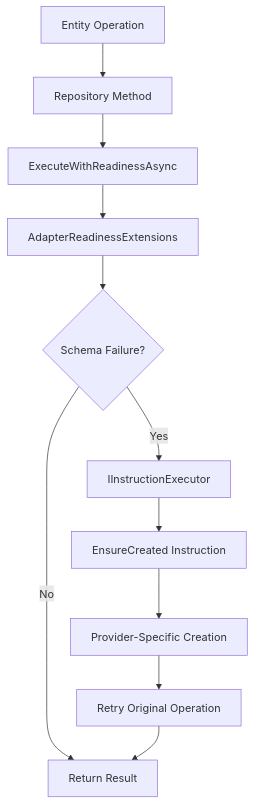
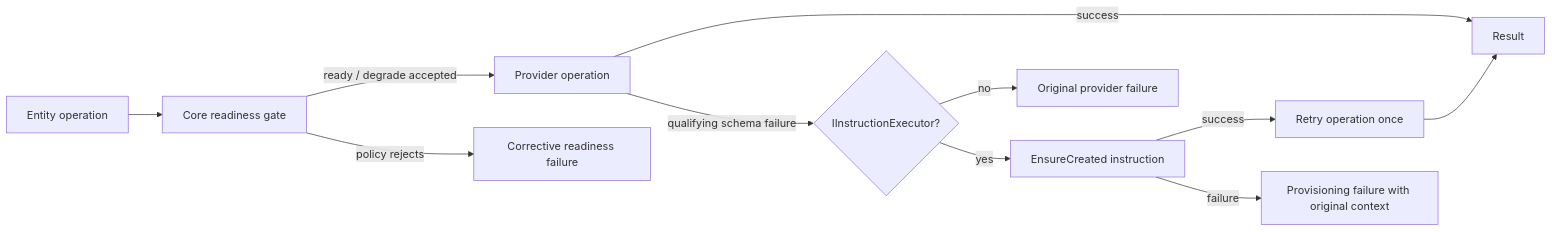
Before and after one commit to sylin-org/koan-framework: the diagram in docs/guides/deep-dive/auto-provisioning-system.md, drawn with Mermaid. The commit also changed other lines of this file and 141 other files, not shown here.

First line of the commit message:
refactor(core): dissolve the adapter package boundary

````diff
--- a/docs/guides/deep-dive/auto-provisioning-system.md
+++ b/docs/guides/deep-dive/auto-provisioning-system.md
@@ -32,13 +42,13 @@
 ```mermaid
-graph TD
-    A[Entity Operation] --> B[Repository Method]
-    B --> C[ExecuteWithReadinessAsync]
-    C --> D[AdapterReadinessExtensions]
-    D --> E{Schema Failure?}
-    E -->|Yes| F[IInstructionExecutor]
-    E -->|No| G[Return Result]
-    F --> H[EnsureCreated Instruction]
-    H --> I[Provider-Specific Creation]
-    I --> J[Retry Original Operation]
-    J --> G
+flowchart LR
+    A[Entity operation] --> B[Core readiness gate]
+    B -->|ready / degrade accepted| C[Provider operation]
+    B -->|policy rejects| X[Corrective readiness failure]
+    C -->|success| D[Result]
+    C -->|qualifying schema failure| E{IInstructionExecutor<TEntity>?}
+    E -->|no| F[Original provider failure]
+    E -->|yes| G[EnsureCreated instruction]
+    G -->|success| H[Retry operation once]
+    G -->|failure| I[Provisioning failure with original context]
+    H --> D
 ```
````
